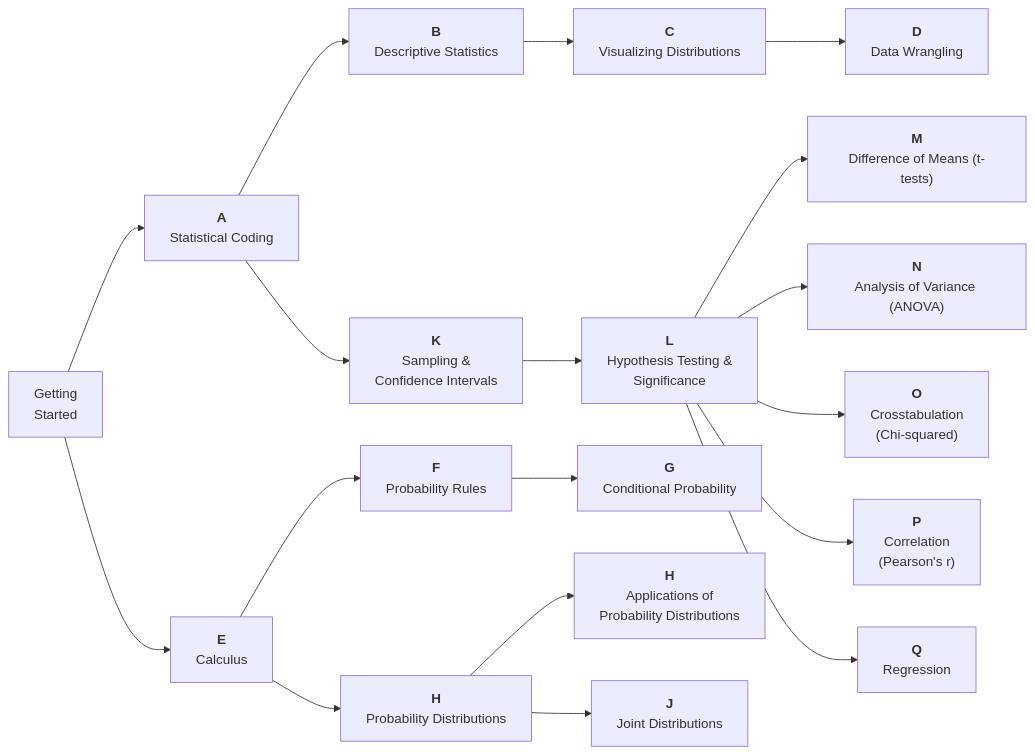
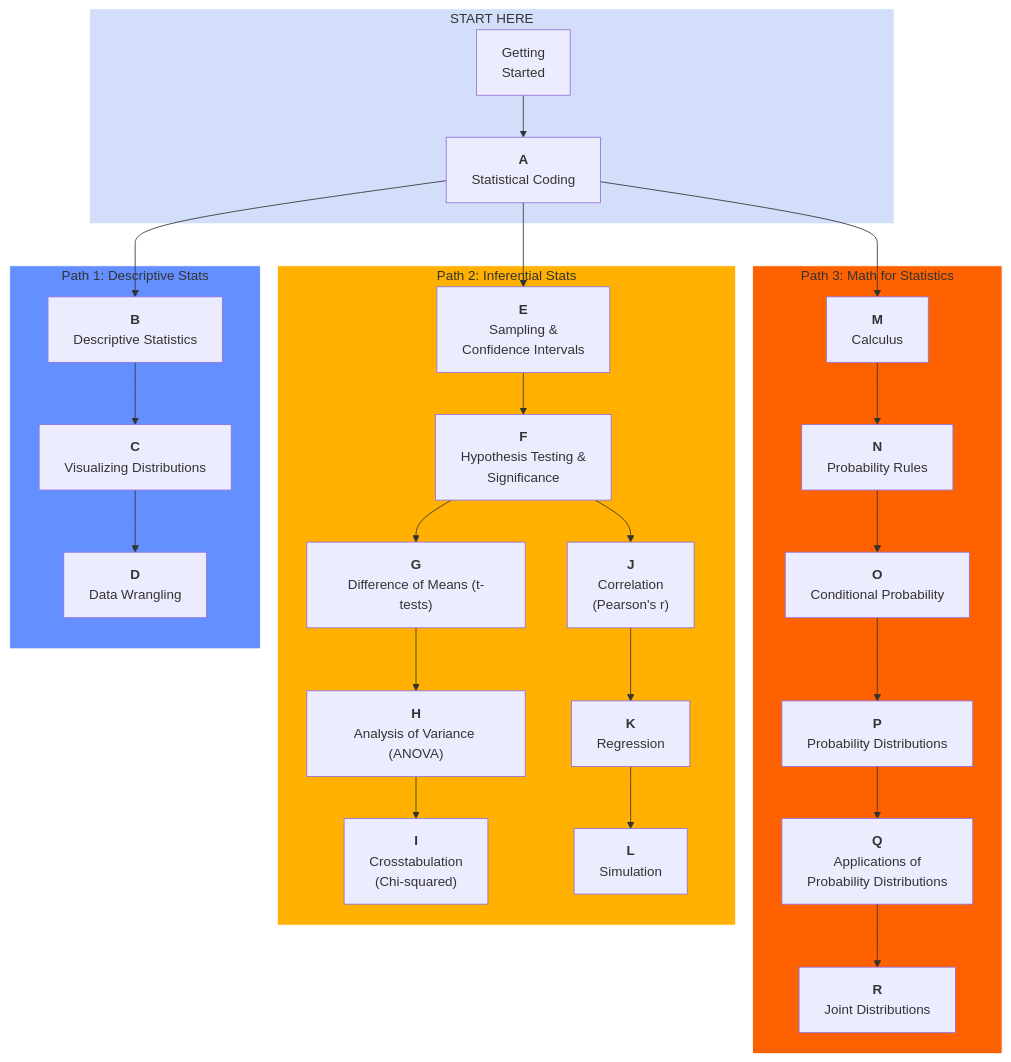
The diagram in README.md (timothyfraser/stats_bootcamp), drawn with Mermaid before and after one commit. The commit also changed 44 other files, not shown here.

````diff
--- a/README.md
+++ b/README.md
@@ -13,37 +13,61 @@
 ```mermaid
-flowchart LR
+flowchart TD
 
-Z["Getting<br>Started"]
 
-A["<b>A</b><br>Statistical Coding"]
-B["<b>B</b><br>Descriptive Statistics"]
-C["<b>C</b><br>Visualizing Distributions"]
-D["<b>D</b><br>Data Wrangling"]
-E["<b>E</b><br>Calculus"]
-F["<b>F</b><br>Probability Rules"]
-G["<b>G</b><br>Conditional Probability"]
-H["<b>H</b><br>Probability Distributions"]
-I["<b>H</b><br>Applications of<br>Probability Distributions"]
-J["<b>J</b><br>Joint Distributions"]
-K["<b>K</b><br>Sampling &<br>Confidence Intervals"]
-L["<b>L</b><br>Hypothesis Testing &<br>Significance"]
-M["<b>M</b><br>Difference of Means (t-tests)"]
-N["<b>N</b><br>Analysis of Variance (ANOVA)"]
-O["<b>O</b><br>Crosstabulation<br>(Chi-squared)"]
-P["<b>P</b><br>Correlation<br>(Pearson's r)"]
-Q["<b>Q</b><br>Regression"]
+subgraph p0["START HERE"]
+    Z["Getting<br>Started"]
+    A["<b>A</b><br>Statistical Coding"]
+end
 
-Z --> A --> B --> C --> D
-Z --> E --> F --> G
-E --> H --> I
-H --> J
-A --> K --> L
+subgraph p3["Path 3: Math for Statistics"]
+    M["<b>M</b><br>Calculus"]
+    N["<b>N</b><br>Probability Rules"]
+    O["<b>O</b><br>Conditional Probability"]
+    P["<b>P</b><br>Probability Distributions"]
+    Q["<b>Q</b><br>Applications of<br>Probability Distributions"]
+    R["<b>R</b><br>Joint Distributions"]
+end
 
-L --> M
-L --> N
-L --> O
-L --> P
-L --> Q
+subgraph p2["Path 2: Inferential Stats"]
+    E["<b>E</b><br>Sampling &<br>Confidence Intervals"]
+    F["<b>F</b><br>Hypothesis Testing &<br>Significance"]
+    G["<b>G</b><br>Difference of Means (t-tests)"]
+    H["<b>H</b><br>Analysis of Variance (ANOVA)"]
+    I["<b>I</b><br>Crosstabulation<br>(Chi-squared)"]
+    J["<b>J</b><br>Correlation<br>(Pearson's r)"]
+    K["<b>K</b><br>Regression"]
+    L["<b>L</b><br>Simulation"]
+end
+
+subgraph p1["Path 1: Descriptive Stats"]
+    B["<b>B</b><br>Descriptive Statistics"]
+    C["<b>C</b><br>Visualizing Distributions"]
+    D["<b>D</b><br>Data Wrangling"]
+end
+
+
+
+Z --> A
+A --> B --> C --> D
+A --> E --> F --> G --> H --> I
+F --> J --> K --> L
+A --> M --> N --> O --> P --> Q --> R
+
+
+%%class Z,A path0;
+%%class B,C,D path1;
+%%class E,F,G,H,I,J,K,L path2;
+%%class M,N,O,P,Q,R path3;
+
+class p0 path0;
+class p1 path1;
+class p2 path2;
+class p3 path3;
+
+classDef path0 fill:#D3DEFB,stroke:#FFFFFF;
+classDef path1 fill:#648FFF,stroke:#FFFFFF;
+classDef path2 fill:#FFB000,stroke:#FFFFFF;
+classDef path3 fill:#FE6100,stroke:#FFFFFF;
 
 
 ```
````
